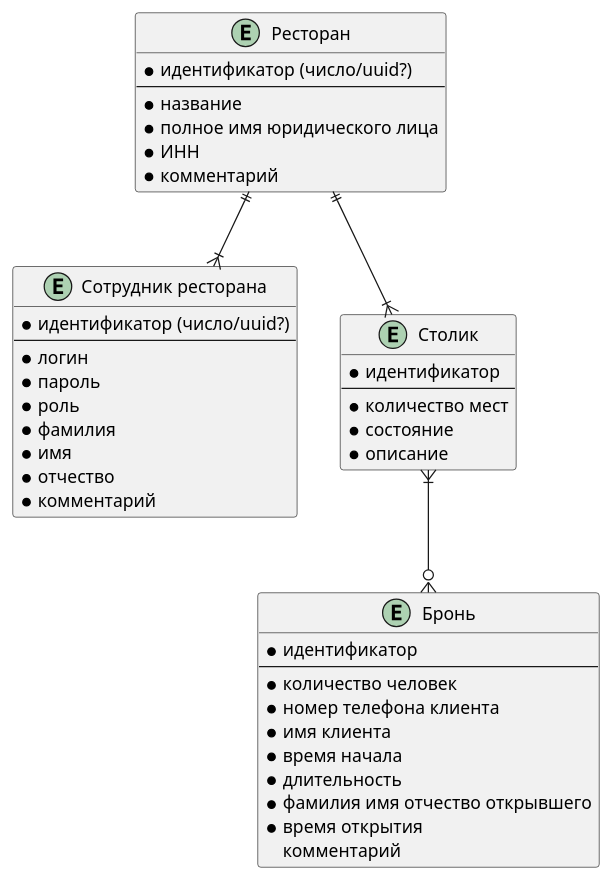
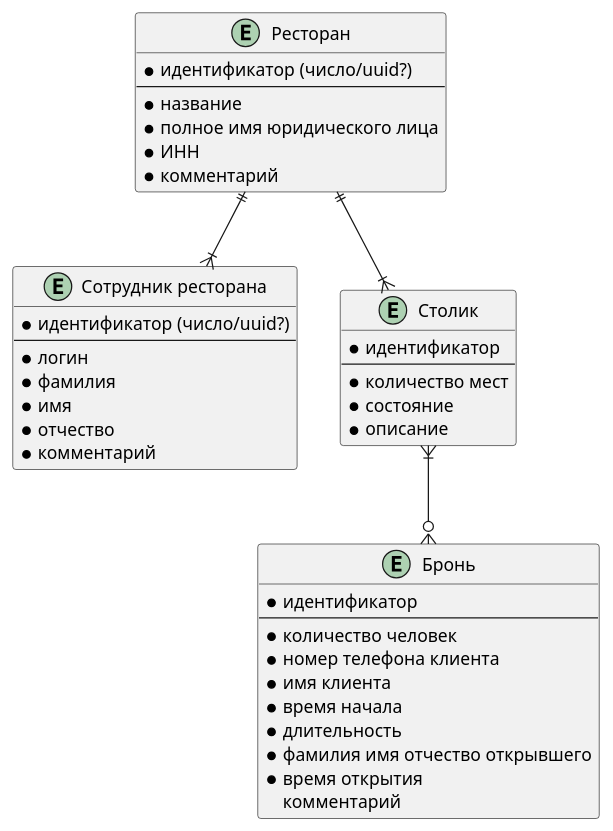
The diagram in documentation/диаграммы/restobook-entities.pu (PavelPutin/restobook), drawn with PlantUML before and after one commit. The commit also changed 5 other files, not shown here.

Commit message:
fix: update ER and class diagram

```diff
--- a/documentation/диаграммы/restobook-entities.pu
+++ b/documentation/диаграммы/restobook-entities.pu
@@ -1,53 +1,51 @@
 @startuml Диаграмма сущностей
 
 ' title
 ' [ER diagram] Сущности в проекте "Restobook"
 ' end title
 
 entity "Ресторан" {
     * идентификатор (число/uuid?)
     --
     * название
     * полное имя юридического лица
     * ИНН
     * комментарий
 }
 
 entity "Сотрудник ресторана" {
     * идентификатор (число/uuid?)
     --
     * логин
-    * пароль
-    * роль
     * фамилия
     * имя
     * отчество
     * комментарий
 }
 
 entity "Столик" {
     * идентификатор
     --
     * количество мест
     * состояние
     * описание
 }
 
 entity "Бронь" {
     * идентификатор
     --
     * количество человек
     * номер телефона клиента
     * имя клиента
     * время начала
     * длительность
     * фамилия имя отчество открывшего
     * время открытия
     комментарий
 }
 
 "Ресторан" ||--|{ "Сотрудник ресторана"
 "Ресторан" ||--|{ "Столик"
 "Столик" }|--o{ "Бронь"
 
 @enduml
```
